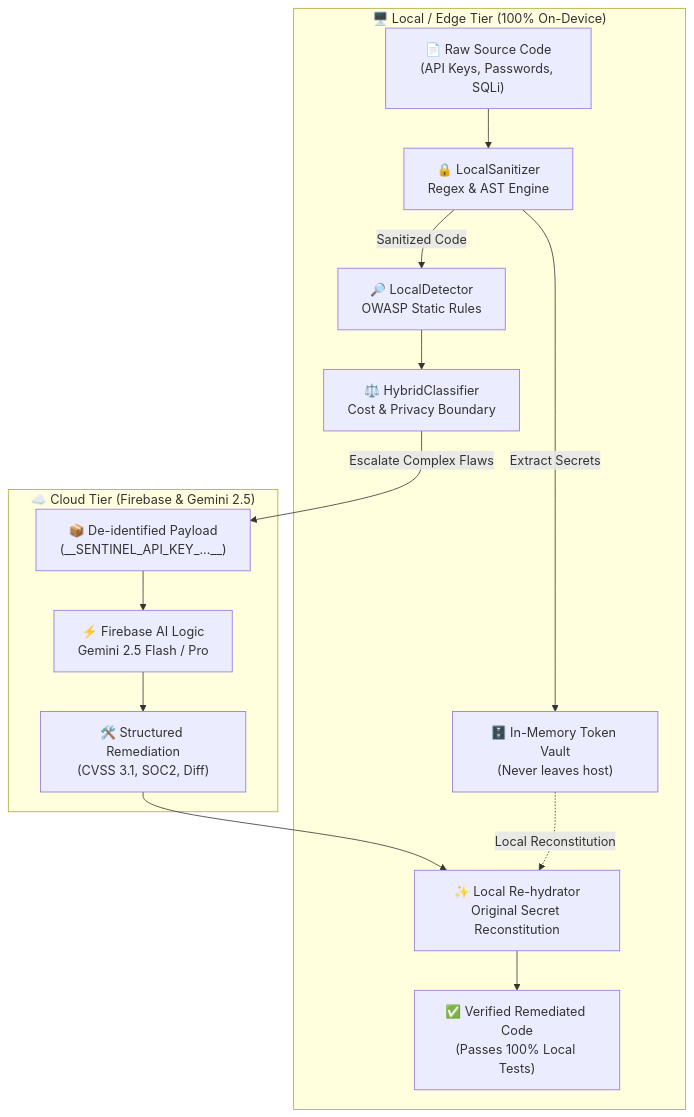
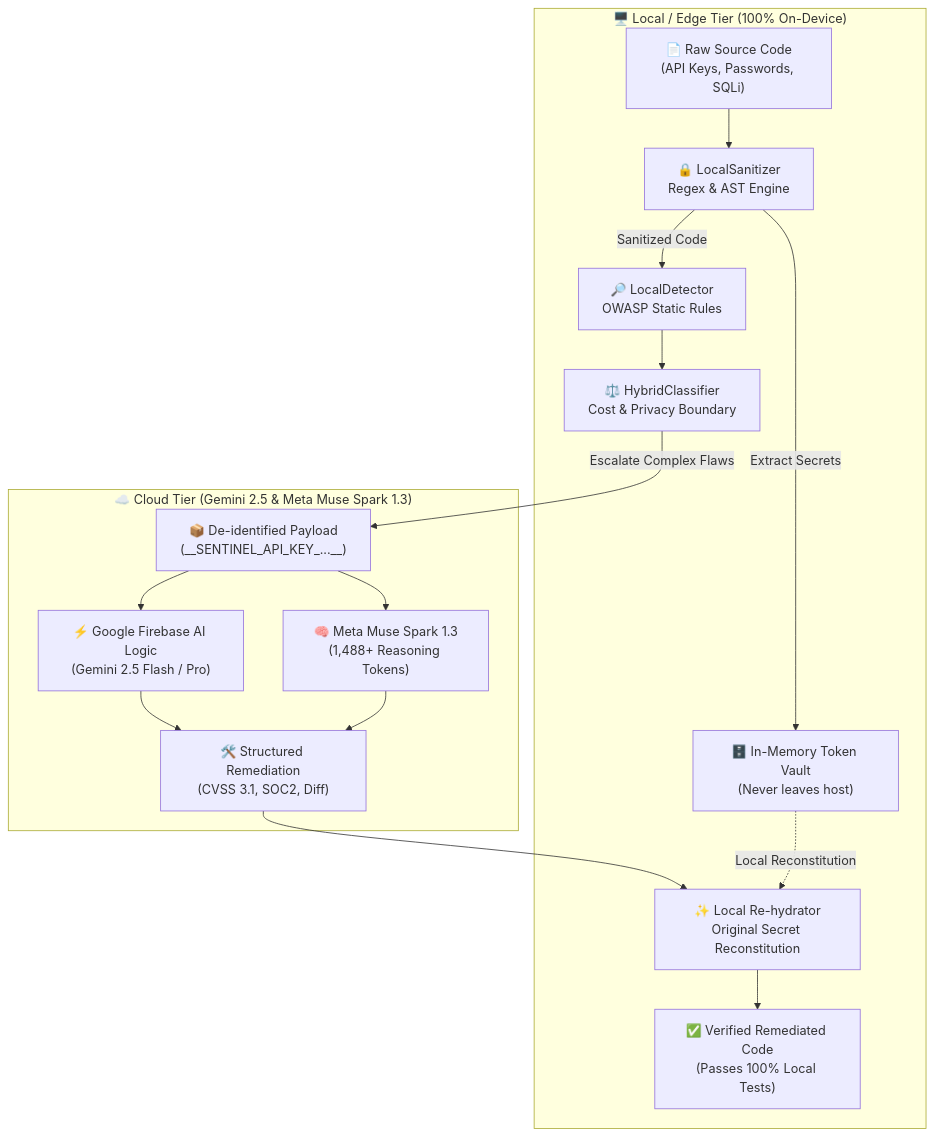
Before and after one commit to genda-benjamin/sentinel-hybrid-ai: the diagram in README.md, drawn with Mermaid. The commit also changed other lines of this file and 11 other files, not shown here.

````diff
--- a/README.md
+++ b/README.md
@@ -26,29 +42,32 @@
 ```mermaid
 flowchart TD
     subgraph Client ["🖥️ Local / Edge Tier (100% On-Device)"]
         Source["📄 Raw Source Code<br/>(API Keys, Passwords, SQLi)"]
         Sanitizer["🔒 LocalSanitizer<br/>Regex & AST Engine"]
         Vault["🗄️ In-Memory Token Vault<br/>(Never leaves host)"]
         Detector["🔎 LocalDetector<br/>OWASP Static Rules"]
         Classifier["⚖️ HybridClassifier<br/>Cost & Privacy Boundary"]
         Rehydrator["✨ Local Re-hydrator<br/>Original Secret Reconstitution"]
         Verified["✅ Verified Remediated Code<br/>(Passes 100% Local Tests)"]
     end
 
-    subgraph Cloud ["☁️ Cloud Tier (Firebase & Gemini 2.5)"]
+    subgraph Cloud ["☁️ Cloud Tier (Gemini 2.5 & Meta Muse Spark 1.3)"]
         Payload["📦 De-identified Payload<br/>(__SENTINEL_API_KEY_...__)"]
-        FirebaseAI["⚡ Firebase AI Logic<br/>Gemini 2.5 Flash / Pro"]
+        FirebaseAI["⚡ Google Firebase AI Logic<br/>(Gemini 2.5 Flash / Pro)"]
+        MuseAI["🧠 Meta Muse Spark 1.3<br/>(1,488+ Reasoning Tokens)"]
         Remediation["🛠️ Structured Remediation<br/>(CVSS 3.1, SOC2, Diff)"]
     end
 
     Source --> Sanitizer
     Sanitizer -->|Extract Secrets| Vault
     Sanitizer -->|Sanitized Code| Detector
     Detector --> Classifier
     Classifier -->|Escalate Complex Flaws| Payload
     Payload --> FirebaseAI
+    Payload --> MuseAI
     FirebaseAI --> Remediation
+    MuseAI --> Remediation
     Remediation --> Rehydrator
     Vault -.->|Local Reconstitution| Rehydrator
     Rehydrator --> Verified
 ```
````
